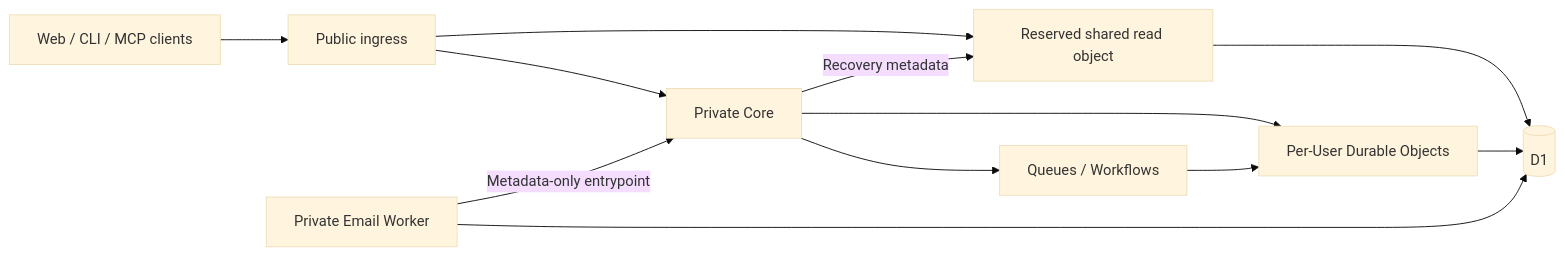
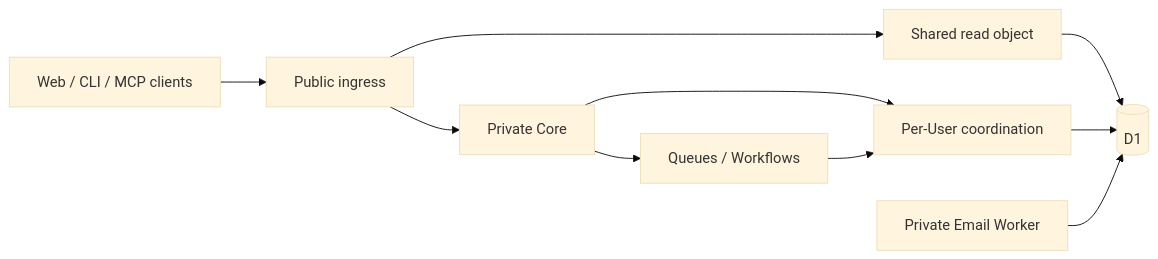
One commit to B4rz99/fidy-ai changed the diagram in ARCHITECTURE.md. Above: the diagram before and after it, drawn with Mermaid (base theme). The commit also changed other lines of this file and 5 other files, not shown here.

First line of the commit message:
docs(docs): #2196 keep architecture documents high level (#2197)

````diff
--- a/ARCHITECTURE.md
+++ b/ARCHITECTURE.md
@@ -29,14 +31,12 @@
 ```mermaid
 flowchart LR
   Clients[Web / CLI / MCP clients] --> Ingress[Public ingress]
   Ingress --> Core[Private Core]
-  Ingress --> Reads[Reserved shared read object]
-  Reads --> D1
-  Core -- Recovery metadata --> Reads
-  Core --> Coordinator[Per-User Durable Objects]
-  Coordinator --> D1[(D1)]
+  Ingress --> Reads[Shared read object]
+  Reads --> D1[(D1)]
+  Core --> Coordinator[Per-User coordination]
+  Coordinator --> D1
   Core --> Background[Queues / Workflows]
   Background --> Coordinator
   Email[Private Email Worker] --> D1
-  Email -- Metadata-only entrypoint --> Core
 ```
````
